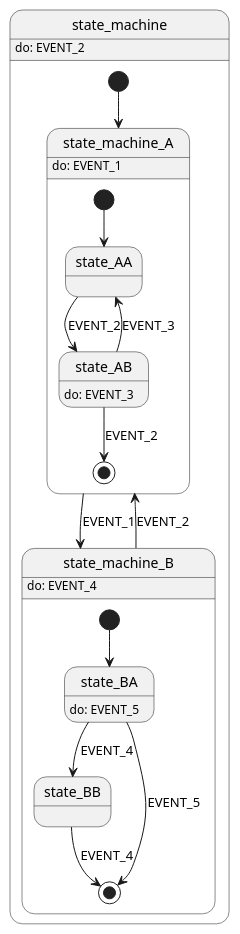
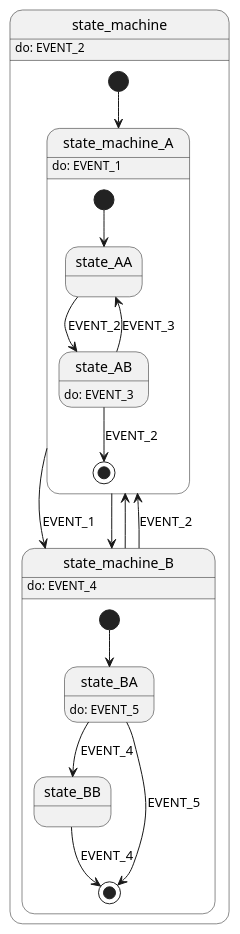
Before and after one commit to davmf/state-machine-upy: the diagram in state_machine.puml, drawn with PlantUML. The commit also changed 5 other files, not shown here.

```diff
--- a/state_machine.puml
+++ b/state_machine.puml
@@ -1,36 +1,38 @@
 @startuml state_machine
 
 state state_machine {
     state state_machine_A {
         state state_AA
         state state_AB
         state state_AB : do: EVENT_3
 
         [*] --> state_AA
         state_AA --> state_AB : EVENT_2
         state_AB --> state_AA : EVENT_3
         state_AB --> [*] : EVENT_2
     }
     state state_machine_A : do: EVENT_1
 
     state state_machine_B {
         state state_BA
         state state_BA : do: EVENT_5
 
         state state_BB
 
         [*] --> state_BA
         state_BA --> state_BB : EVENT_4
         state_BA --> [*] : EVENT_5
         state_BB --> [*] : EVENT_4
     }
     state state_machine_B : do: EVENT_4
 
     [*] --> state_machine_A
     state_machine_A --> state_machine_B : EVENT_1
+    state_machine_A --> state_machine_B
     state_machine_B --> state_machine_A : EVENT_2
+    state_machine_B --> state_machine_A
 }
 
 state state_machine : do: EVENT_2
 
 @enduml
```
